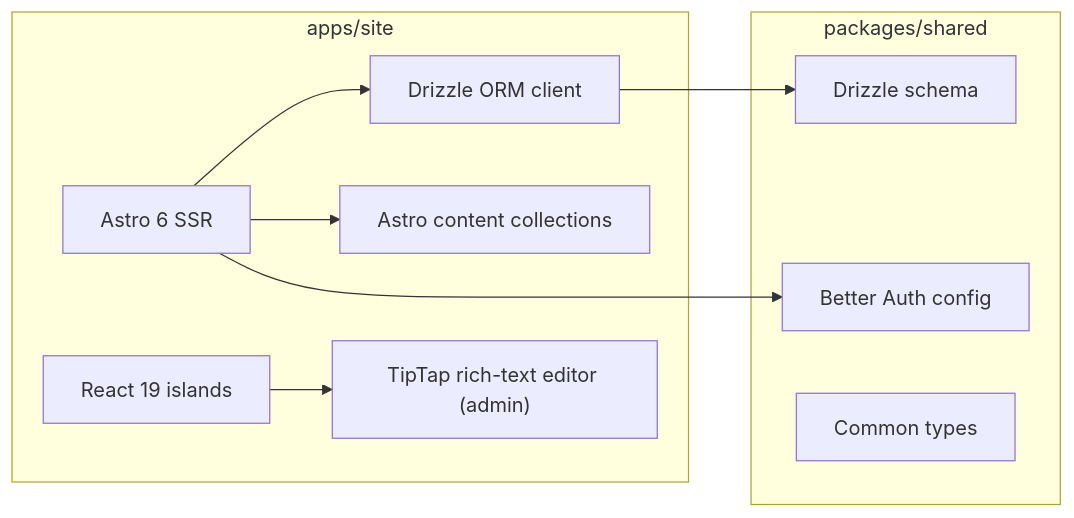
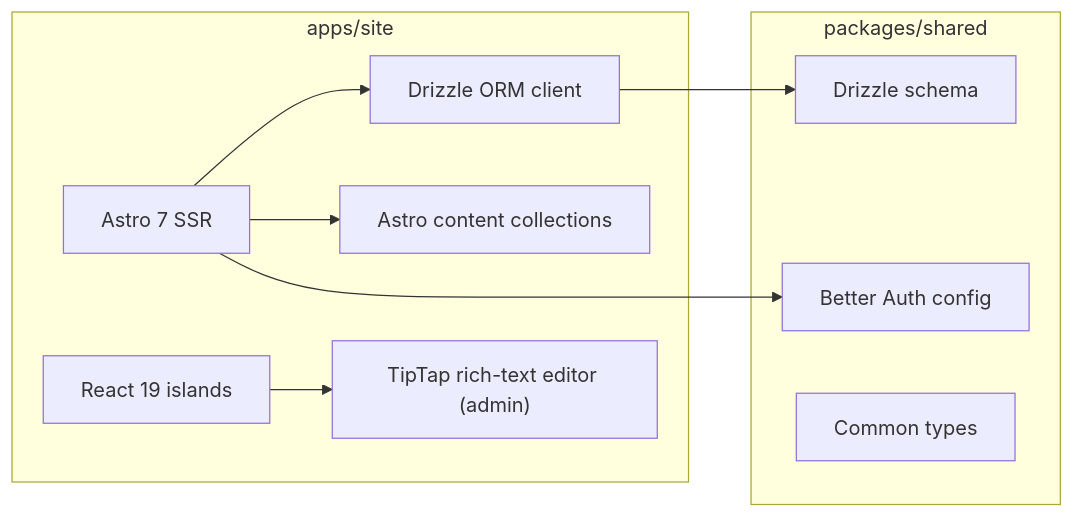
One commit to stevenfackley/steveackley-website changed the diagram in docs/STACK_ARCHITECTURE.md. Above: the diagram before and after it, drawn with Mermaid. The commit also changed other lines of this file and 122 other files, not shown here.

````diff
--- a/docs/STACK_ARCHITECTURE.md
+++ b/docs/STACK_ARCHITECTURE.md
@@ -5,22 +5,22 @@
 ```mermaid
 flowchart LR
     subgraph App["apps/site"]
-      astro["Astro 6 SSR"]
+      astro["Astro 7 SSR"]
       react["React 19 islands"]
       collections["Astro content collections"]
       tiptap["TipTap rich-text editor (admin)"]
       drizzleClient["Drizzle ORM client"]
     end
 
     subgraph Shared["packages/shared"]
       schema["Drizzle schema"]
       auth["Better Auth config"]
       types["Common types"]
     end
 
     astro --> drizzleClient
     astro --> collections
     react --> tiptap
     drizzleClient --> schema
     astro --> auth
 ```
````
